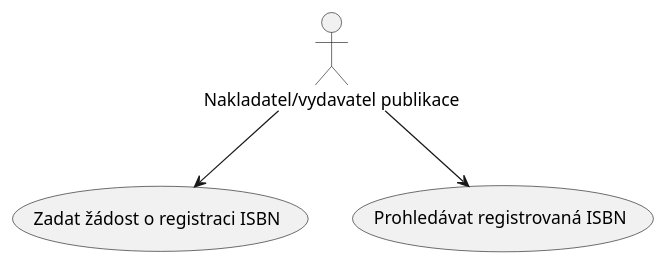
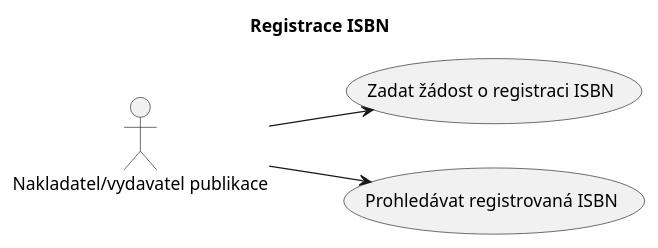
The diagram in docs/uc02.plantuml (edeposit/edeposit.policy), drawn with PlantUML before and after one commit. The commit also changed 13 other files, not shown here.

```diff
--- a/docs/uc02.plantuml
+++ b/docs/uc02.plantuml
@@ -1,4 +1,6 @@
 @startuml
+left to right direction
+title Registrace ISBN
 :Nakladatel/vydavatel publikace: --> (Zadat žádost o registraci ISBN)
 :Nakladatel/vydavatel publikace: --> (Prohledávat registrovaná ISBN)		      
 @enduml
```
